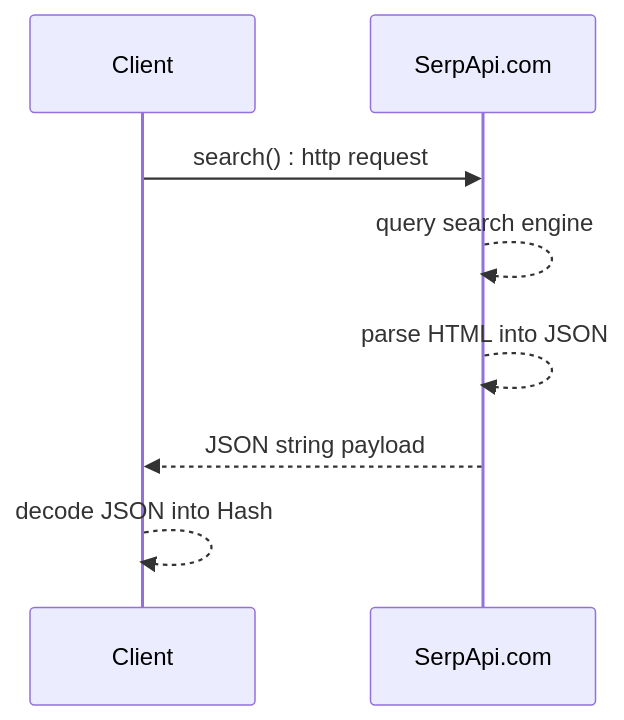
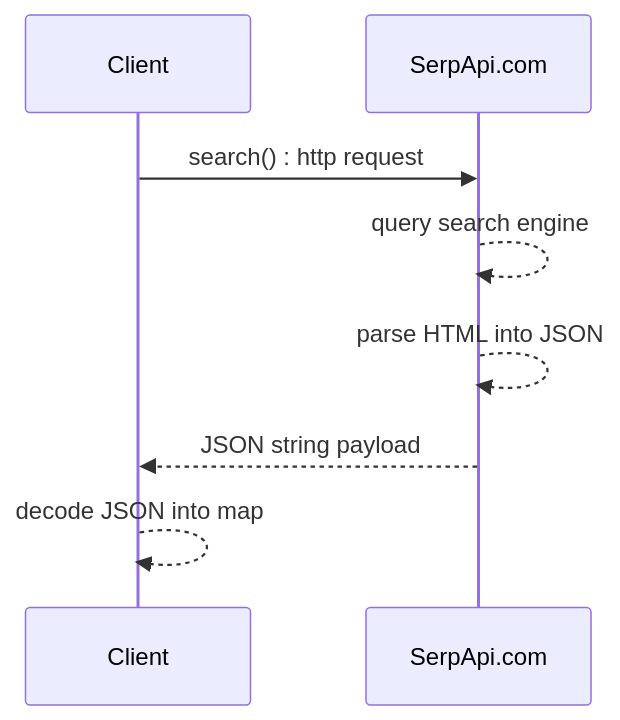
Before and after one commit to serpapi/serpapi-golang: the second of 2 diagrams in README.md, drawn with Mermaid. The commit also changed other lines of this file and 1 other file, not shown here.

````diff
--- a/README.md
+++ b/README.md
@@ -2057,8 +2056,8 @@
 ```mermaid
 sequenceDiagram
     Client->>SerpApi.com: search() : http request 
     SerpApi.com-->>SerpApi.com: query search engine
     SerpApi.com-->>SerpApi.com: parse HTML into JSON
     SerpApi.com-->>Client: JSON string payload
-    Client-->>Client: decode JSON into Hash
+    Client-->>Client: decode JSON into map
 ```
````
